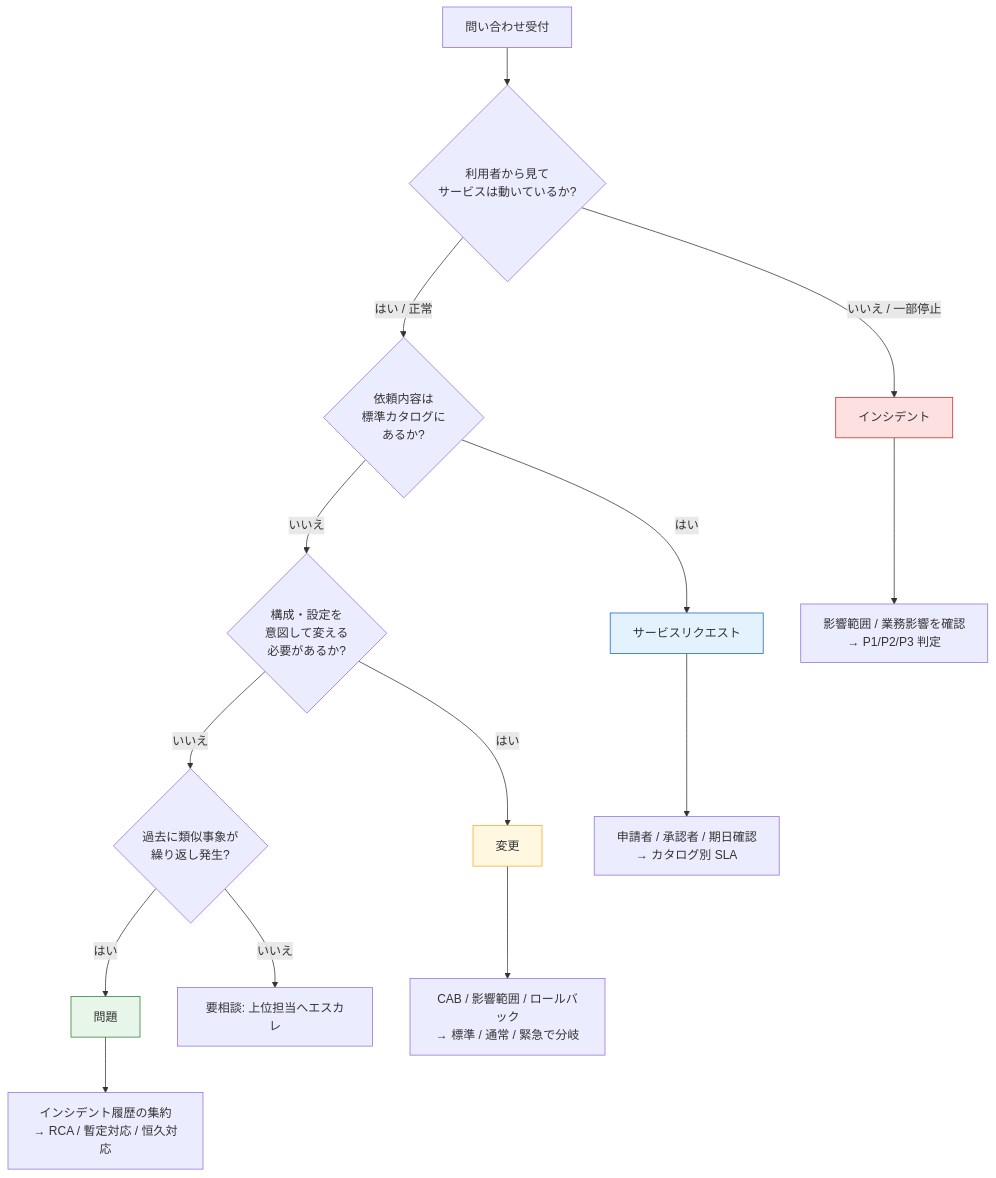
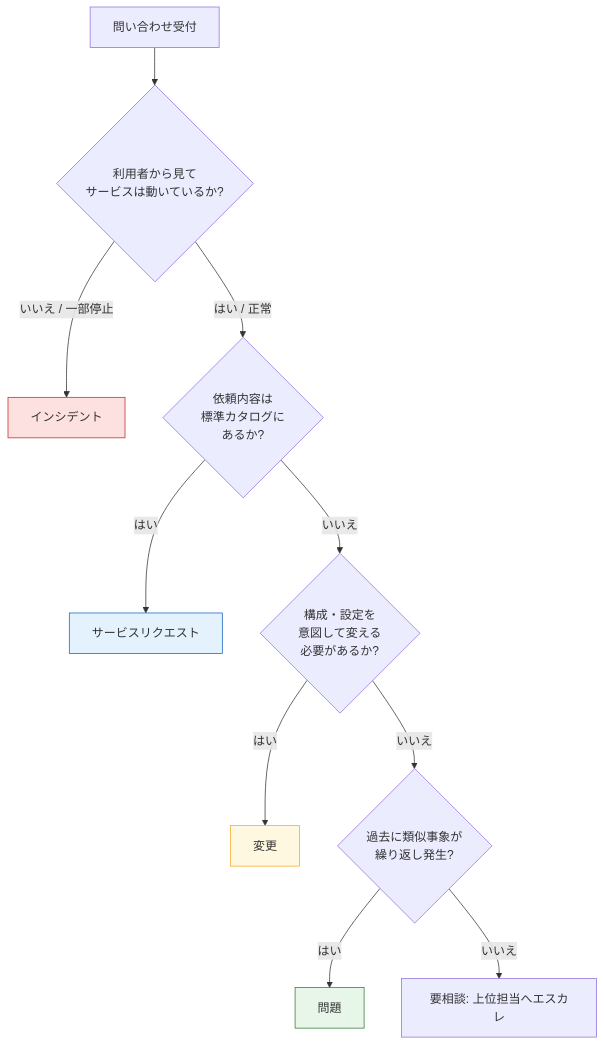
The diagram in support-docs/ticket-taxonomy.md (ns7jp/ns7jp.github.io), drawn with Mermaid before and after one commit. The commit also changed other lines of this file and 27 other files, not shown here.

````diff
--- a/support-docs/ticket-taxonomy.md
+++ b/support-docs/ticket-taxonomy.md
@@ -24,22 +29,17 @@
 ```mermaid
 flowchart TD
     A[問い合わせ受付] --> B{利用者から見て<br/>サービスは動いているか?}
     B -- いいえ / 一部停止 --> C[インシデント]
     B -- はい / 正常 --> D{依頼内容は<br/>標準カタログに<br/>あるか?}
     D -- はい --> E[サービスリクエスト]
     D -- いいえ --> F{構成・設定を<br/>意図して変える<br/>必要があるか?}
     F -- はい --> G[変更]
     F -- いいえ --> H{過去に類似事象が<br/>繰り返し発生?}
     H -- はい --> I[問題]
     H -- いいえ --> J[要相談: 上位担当へエスカレ]
 
-    C --> K[影響範囲 / 業務影響を確認<br/>→ P1/P2/P3 判定]
-    E --> L[申請者 / 承認者 / 期日確認<br/>→ カタログ別 SLA]
-    G --> M[CAB / 影響範囲 / ロールバック<br/>→ 標準 / 通常 / 緊急で分岐]
-    I --> N[インシデント履歴の集約<br/>→ RCA / 暫定対応 / 恒久対応]
-
     style C fill:#fde0e0,stroke:#c62828
     style E fill:#e3f2fd,stroke:#1565c0
     style G fill:#fff8e1,stroke:#f9a825
     style I fill:#e8f5e9,stroke:#2e7d32
 ```
````
